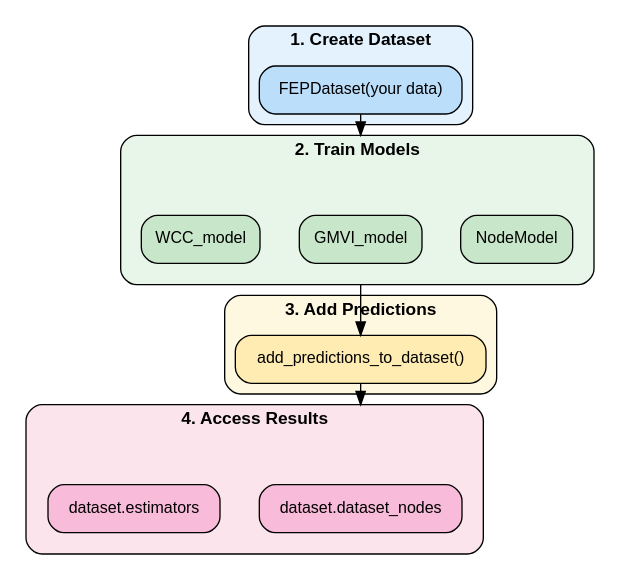
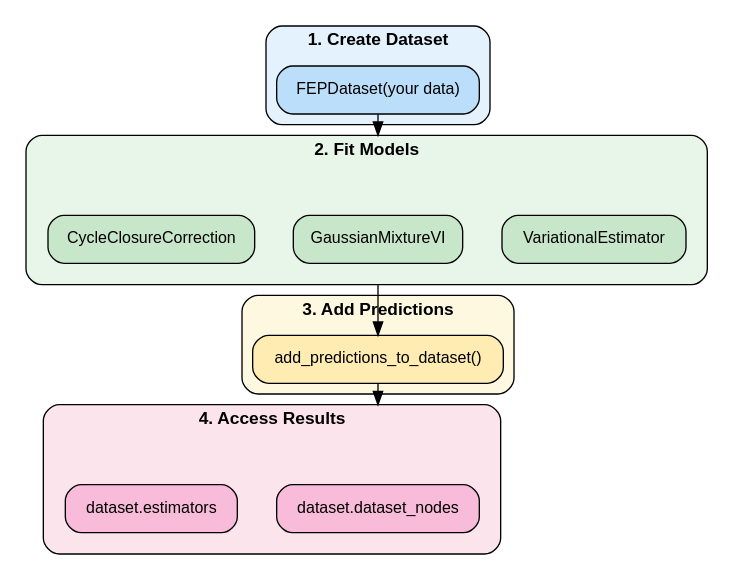
Before and after one commit to aakankschit/MAPLE-fep: the first of 2 diagrams in docs/user_guide/quickstart.rst, drawn with Graphviz. The commit also changed other lines of this file and 47 other files, not shown here.

```diff
--- a/docs/user_guide/quickstart.rst
+++ b/docs/user_guide/quickstart.rst
@@ -16,67 +16,67 @@
 .. graphviz::
    :align: center
    :caption: MAPLE Workflow Overview
 
    digraph workflow {
        rankdir=TB;
        node [shape=box, style="rounded,filled", fontname="Helvetica", fontsize=12];
        edge [fontname="Helvetica", fontsize=10];
        compound=true;
        nodesep=0.4;
        ranksep=0.5;
        
        subgraph cluster_create {
            label="1. Create Dataset";
            style="rounded,filled";
            fillcolor="#E3F2FD";
            fontname="Helvetica-Bold";
            fontsize=13;
            
            create [label="FEPDataset(your data)", fillcolor="#BBDEFB"];
        }
        
        subgraph cluster_train {
-           label="2. Train Models";
+           label="2. Fit Models";
            style="rounded,filled";
            fillcolor="#E8F5E9";
            fontname="Helvetica-Bold";
            fontsize=13;
            
            subgraph cluster_train_inner {
                style=invis;
                rank=same;
-               train1 [label="NodeModel", fillcolor="#C8E6C9"];
-               train2 [label="GMVI_model", fillcolor="#C8E6C9"];
-               train3 [label="WCC_model", fillcolor="#C8E6C9"];
+               train1 [label="VariationalEstimator", fillcolor="#C8E6C9"];
+               train2 [label="GaussianMixtureVI", fillcolor="#C8E6C9"];
+               train3 [label="CycleClosureCorrection", fillcolor="#C8E6C9"];
            }
        }
        
        subgraph cluster_add {
            label="3. Add Predictions";
            style="rounded,filled";
            fillcolor="#FFF8E1";
            fontname="Helvetica-Bold";
            fontsize=13;
            
            add [label="add_predictions_to_dataset()", fillcolor="#FFECB3"];
        }
        
        subgraph cluster_access {
            label="4. Access Results";
            style="rounded,filled";
            fillcolor="#FCE4EC";
            fontname="Helvetica-Bold";
            fontsize=13;
            
            subgraph cluster_access_inner {
                style=invis;
                rank=same;
                access1 [label="dataset.dataset_nodes", fillcolor="#F8BBD9"];
                access2 [label="dataset.estimators", fillcolor="#F8BBD9"];
            }
        }
        
        create -> train2 [lhead=cluster_train];
        train2 -> add [ltail=cluster_train];
        add -> access1 [lhead=cluster_access];
    }
```
